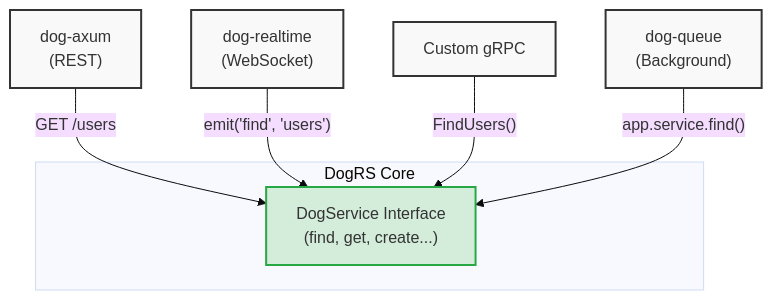
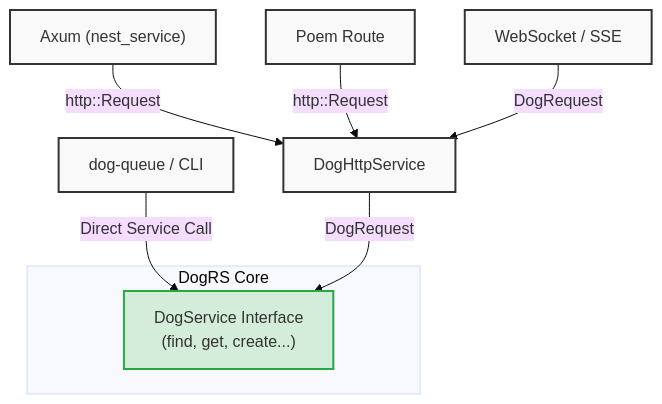
Before and after one commit to Jitpomi/dogrs: the second of 3 diagrams in docs/design.md, drawn with Mermaid (base theme). The commit also changed other lines of this file and 119 other files, not shown here.

````diff
--- a/docs/design.md
+++ b/docs/design.md
@@ -117,17 +117,19 @@
 ```mermaid
 graph TD
     %% Adapters
-    HTTP["dog-axum<br>(REST)"] --> |"GET /users"| DS
-    WS["dog-realtime<br>(WebSocket)"] --> |"emit('find', 'users')"| DS
-    GRPC["Custom gRPC"] --> |"FindUsers()"| DS
-    Internal["dog-queue<br>(Background)"] --> |"app.service.find()"| DS
+    Axum["Axum (nest_service)"] --> |"http::Request"| DHS["DogHttpService"]
+    Poem["Poem Route"] --> |"http::Request"| DHS
+    WS["WebSocket / SSE"] --> |"DogRequest"| DHS
+    Internal["dog-queue / CLI"] --> |"Direct Service Call"| DS
+    
+    DHS --> |"DogRequest"| DS
     
     %% Core Service
     subgraph "DogRS Core"
         DS["DogService Interface<br>(find, get, create...)"]
     end
     
     classDef default fill:#f9f9f9,stroke:#333,stroke-width:2px;
     classDef core fill:#d4edda,stroke:#28a745,stroke-width:2px;
     class DS core;
 ```
````
